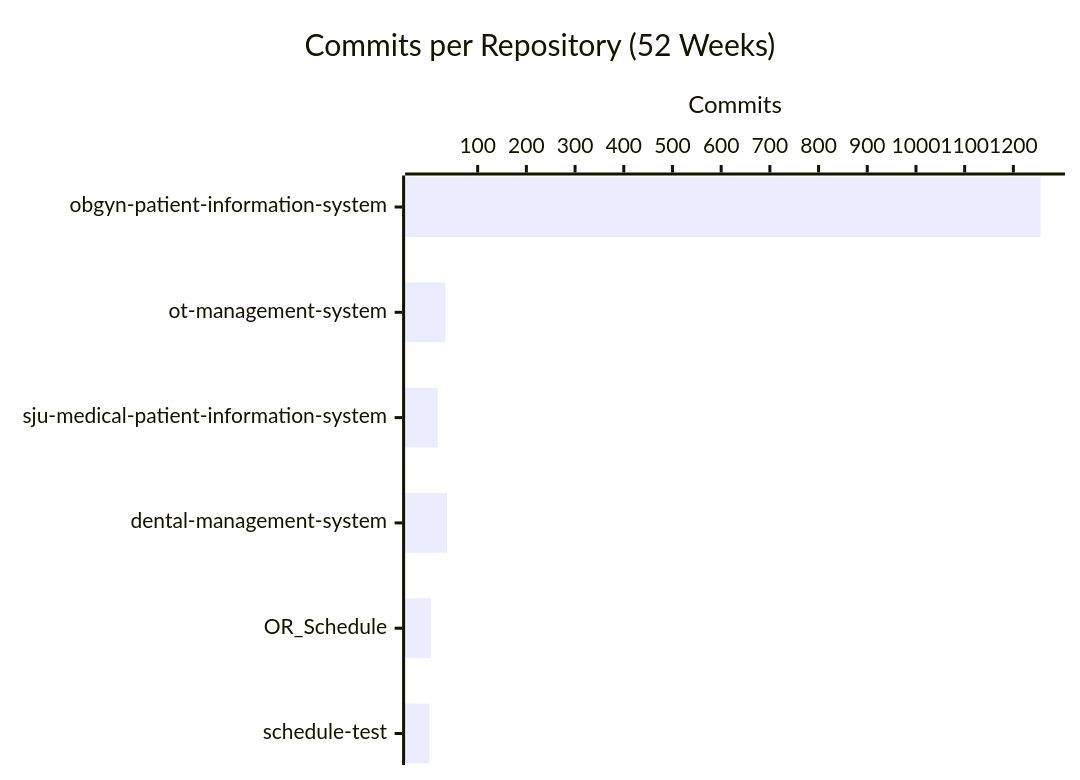
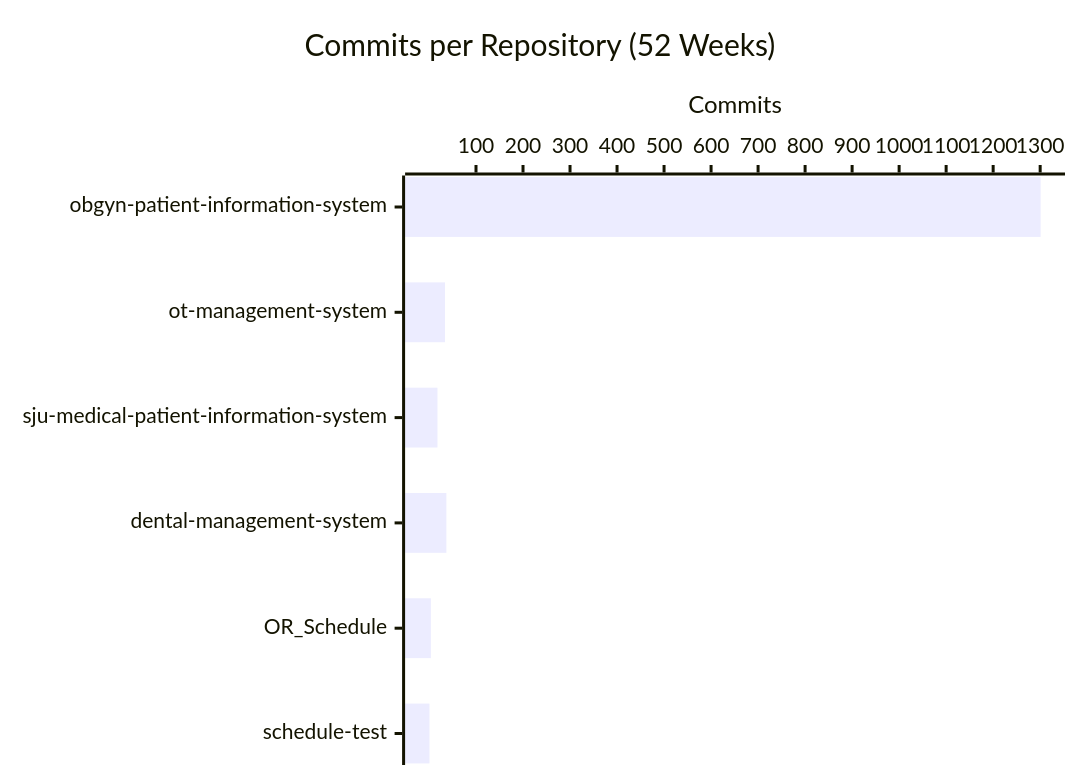
Before and after one commit to CSTH-Projects/.github: the second of 4 diagrams in profile/README.md, drawn with Mermaid. The commit also changed other lines of this file, not shown here.

````diff
--- a/profile/README.md
+++ b/profile/README.md
@@ -24,7 +24,7 @@
 ```mermaid
 xychart-beta horizontal
     title "Commits per Repository (52 Weeks)"
     x-axis ["obgyn-patient-information-system", "ot-management-system", "sju-medical-patient-information-system", "dental-management-system", "OR_Schedule", "schedule-test"]
     y-axis "Commits"
-    bar [1256, 34, 18, 37, 4, 1]
+    bar [1301, 34, 18, 37, 4, 1]
 ```
````
